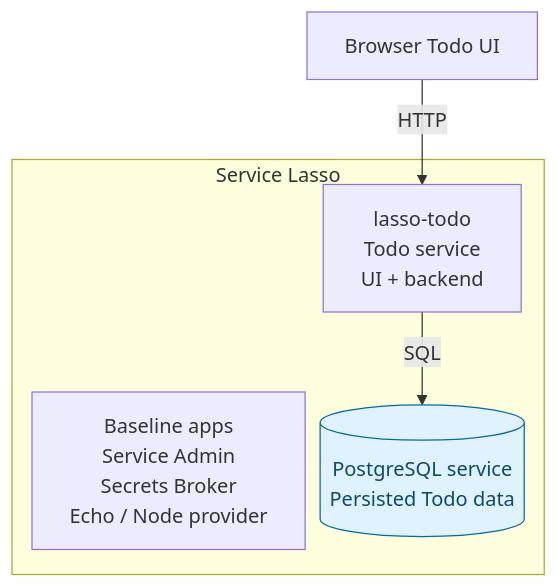
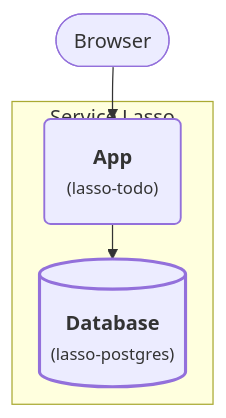
One commit to service-lasso/service-lasso changed the diagram in docs/getting-started/intermediate-make-todo-app-durable.md. Above: the diagram before and after it, drawn with Mermaid. The commit also changed other lines of this file and 6 other files, not shown here.

Commit message:
docs: simplify tutorial architecture to purpose and service names

````diff
--- a/docs/getting-started/intermediate-make-todo-app-durable.md
+++ b/docs/getting-started/intermediate-make-todo-app-durable.md
@@ -18,16 +18,17 @@
 ```mermaid
-%%{init: {"flowchart": {"nodeSpacing": 12, "rankSpacing": 40}}}%%
+%%{init: {"flowchart": {"nodeSpacing": 24, "rankSpacing": 28, "padding": 18}, "themeVariables": {"fontFamily": "system-ui, sans-serif"}}}%%
 flowchart TB
-  accTitle: Stage 2: Add managed PostgreSQL
-  accDescr: Service Lasso manages the Todo app from stage one alongside baseline apps. Stage two adds PostgreSQL. Stage three adds a Go API between the Todo service and database. JSON storage belongs to the Todo service and is not a separate service.
-  browser["Browser Todo UI"]
+  accTitle: Stage 2: Add the Database
+  accDescr: The same App now saves todos in the Database. All application services run inside the Service Lasso boundary. Existing management and runtime services are listed in the adjacent table.
+  browser(["Browser"])
   subgraph lasso["Service Lasso"]
-    baseline["Baseline apps<br/>Service Admin<br/>Secrets Broker<br/>Echo / Node provider"]
-    todo["lasso-todo<br/>Todo service<br/>UI + backend"]
-    db[("PostgreSQL service<br/>Persisted Todo data")]
+    todo("<b>App</b><br/><small>(lasso-todo)</small>")
+    db[("<b>Database</b><br/><small>(lasso-postgres)</small>")]
   end
-  browser -->|HTTP| todo
-  todo -->|SQL| db
-  classDef added fill:#e0f2fe,stroke:#0369a1,color:#0c4a6e
+  browser --> todo
+  todo --> db
+  classDef service stroke-width:1.5px
+  classDef added stroke-width:2.5px
+  class todo,db service
   class db added
 ```
````
